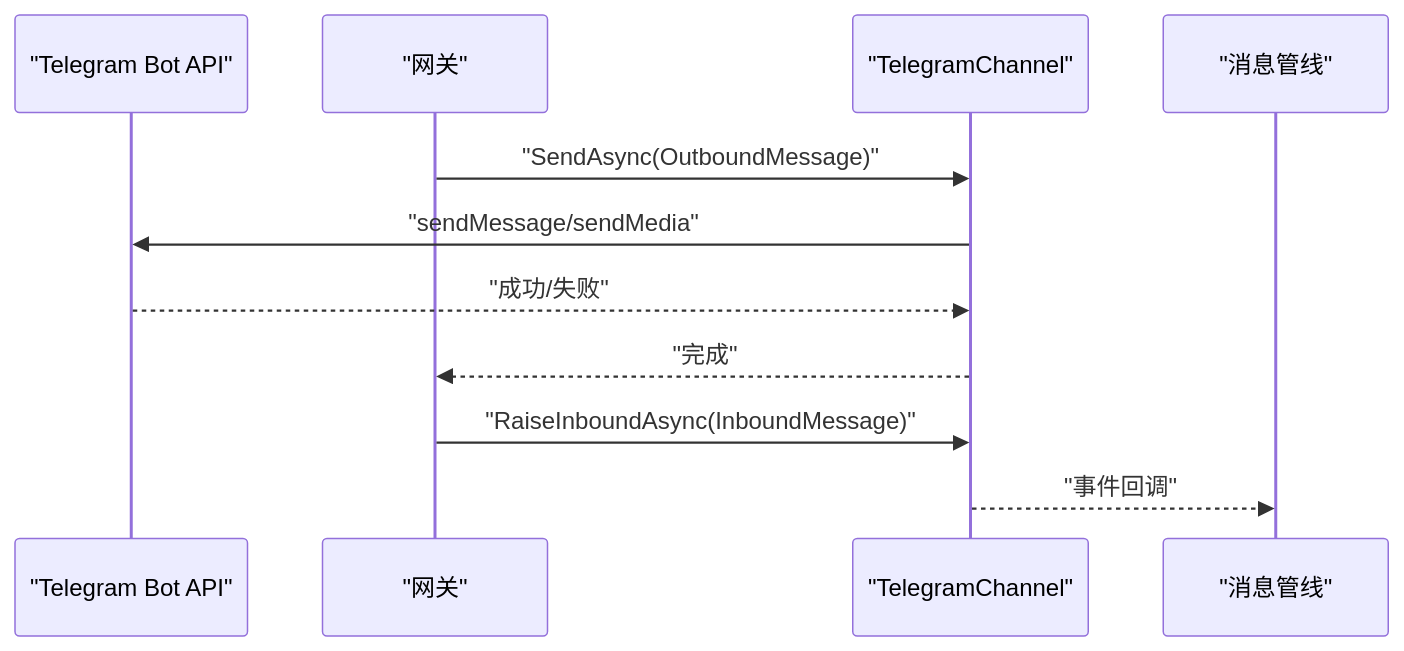
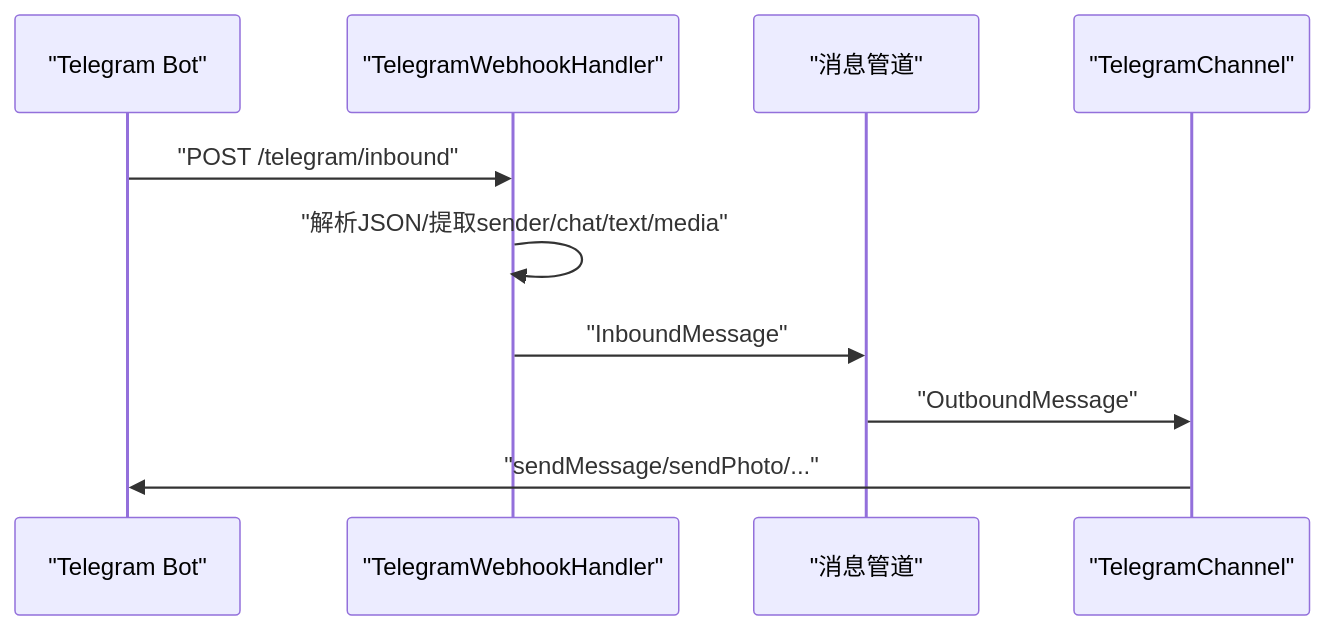
One commit to wayyet/kingcrab changed the third of 9 diagrams in .qoder/repowiki/zh/content/通信渠道/通信渠道.md. Above: the diagram before and after it, drawn with Mermaid. The commit also changed other lines of this file and 431 other files, not shown here.

````diff
--- a/.qoder/repowiki/zh/content/通信渠道/通信渠道.md
+++ b/.qoder/repowiki/zh/content/通信渠道/通信渠道.md
@@ -178,13 +124,12 @@
 ```mermaid
 sequenceDiagram
-participant TG as "Telegram Bot API"
-participant GW as "网关"
-participant TGCh as "TelegramChannel"
-participant Pipeline as "消息管线"
-GW->>TGCh : "SendAsync(OutboundMessage)"
-TGCh->>TG : "sendMessage/sendMedia"
-TG-->>TGCh : "成功/失败"
-TGCh-->>GW : "完成"
-GW->>TGCh : "RaiseInboundAsync(InboundMessage)"
-TGCh-->>Pipeline : "事件回调"
+participant TG as "Telegram Bot"
+participant GW as "TelegramWebhookHandler"
+participant Pipe as "消息管道"
+participant TC as "TelegramChannel"
+TG->>GW : "POST /telegram/inbound"
+GW->>GW : "解析JSON/提取sender/chat/text/media"
+GW->>Pipe : "InboundMessage"
+Pipe->>TC : "OutboundMessage"
+TC->>TG : "sendMessage/sendPhoto/..."
 ```
````
